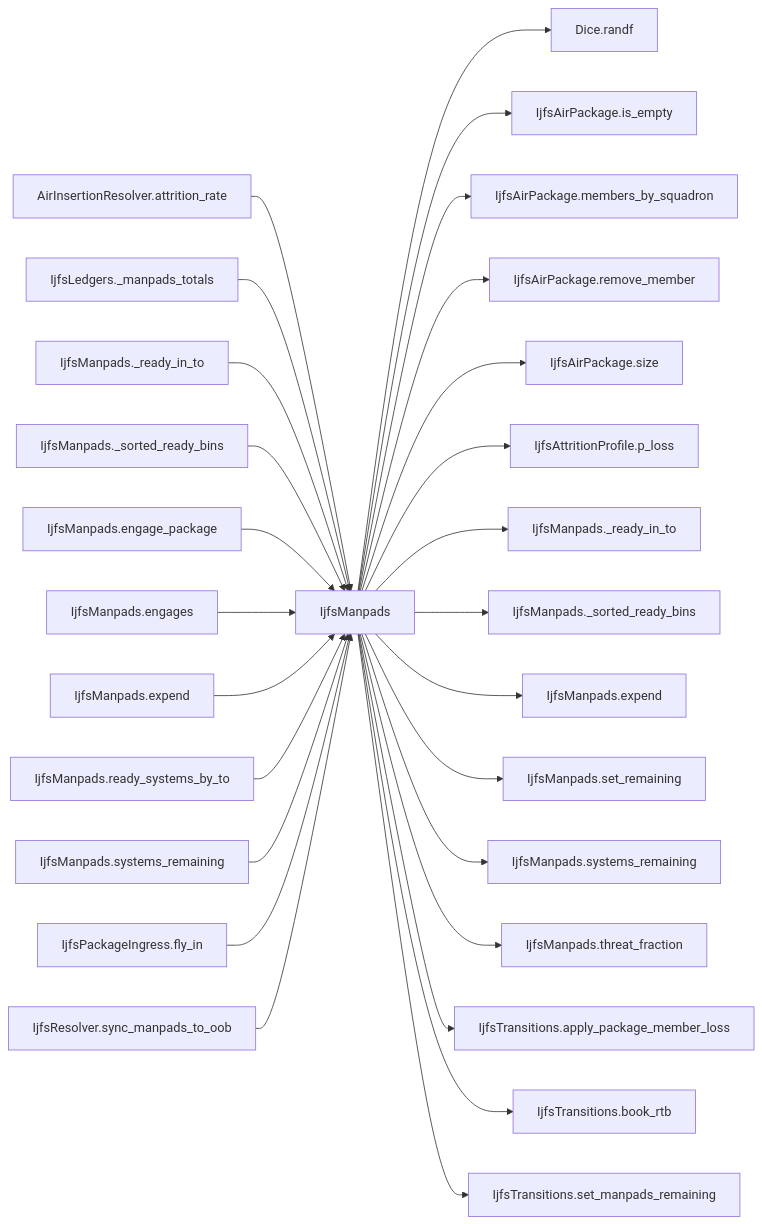
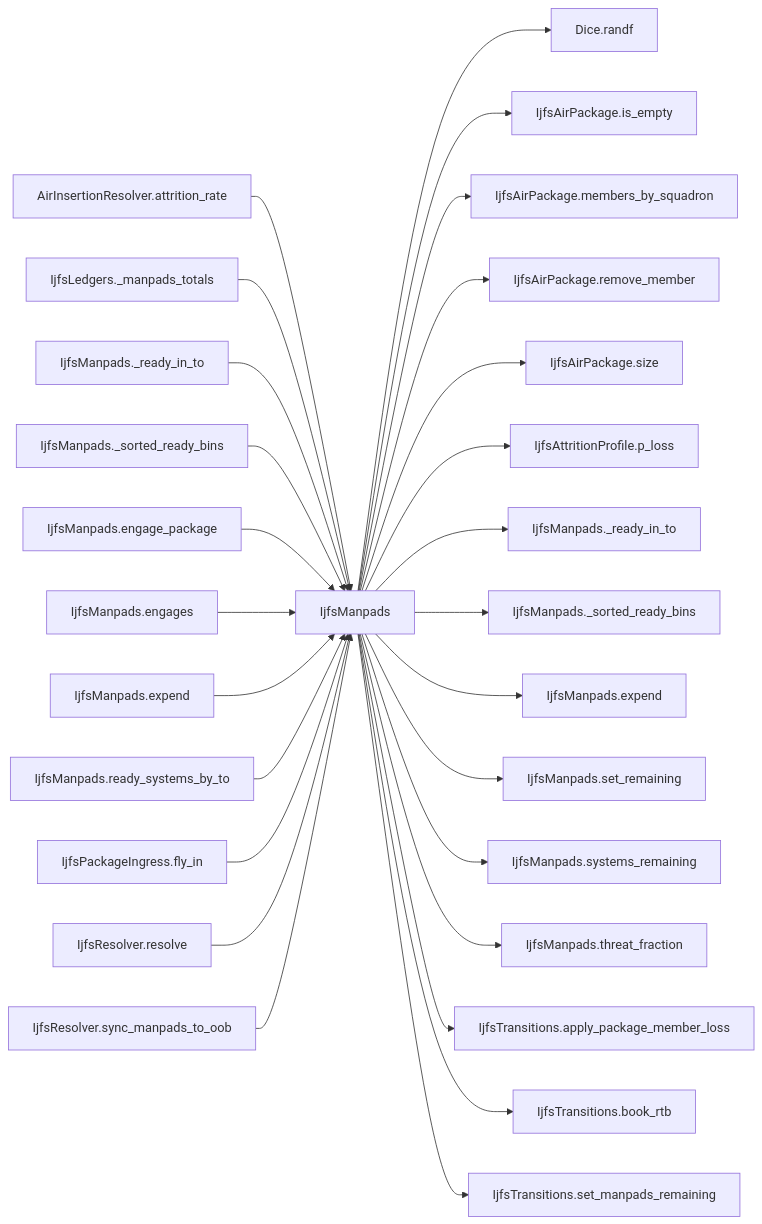
One commit to MCancian/HexCombat changed the diagram in docs/presentations/IjfsManpads.md. Above: the diagram before and after it, drawn with Mermaid. The commit also changed other lines of this file and 117 other files, not shown here.

````diff
--- a/docs/presentations/IjfsManpads.md
+++ b/docs/presentations/IjfsManpads.md
@@ -42,30 +42,30 @@
 ```mermaid
 flowchart LR
   n_3fd3e979604d["IjfsManpads"]
   n_36e3adf0fed0["AirInsertionResolver.attrition_rate"] --> n_3fd3e979604d
   n_ae8ac67a923f["IjfsLedgers._manpads_totals"] --> n_3fd3e979604d
   n_834cd627f231["IjfsManpads._ready_in_to"] --> n_3fd3e979604d
   n_42905ee585e6["IjfsManpads._sorted_ready_bins"] --> n_3fd3e979604d
   n_30cef504640b["IjfsManpads.engage_package"] --> n_3fd3e979604d
   n_aa2dc650f6f5["IjfsManpads.engages"] --> n_3fd3e979604d
   n_90cc8d26b1a6["IjfsManpads.expend"] --> n_3fd3e979604d
   n_a88cef61768f["IjfsManpads.ready_systems_by_to"] --> n_3fd3e979604d
-  n_1383531da965["IjfsManpads.systems_remaining"] --> n_3fd3e979604d
   n_3c549490f237["IjfsPackageIngress.fly_in"] --> n_3fd3e979604d
+  n_3ee2b3c13ed8["IjfsResolver.resolve"] --> n_3fd3e979604d
   n_c57665ad76e0["IjfsResolver.sync_manpads_to_oob"] --> n_3fd3e979604d
   n_3fd3e979604d --> n_d3c7d78dad81["Dice.randf"]
   n_3fd3e979604d --> n_b0453dc6fec5["IjfsAirPackage.is_empty"]
   n_3fd3e979604d --> n_477107171097["IjfsAirPackage.members_by_squadron"]
   n_3fd3e979604d --> n_6fbce1037268["IjfsAirPackage.remove_member"]
   n_3fd3e979604d --> n_5b679ab377a6["IjfsAirPackage.size"]
   n_3fd3e979604d --> n_84f01e7e6efe["IjfsAttritionProfile.p_loss"]
   n_3fd3e979604d --> n_f8673aec385b["IjfsManpads._ready_in_to"]
   n_3fd3e979604d --> n_80929eba1ce9["IjfsManpads._sorted_ready_bins"]
   n_3fd3e979604d --> n_cab0ae6c738b["IjfsManpads.expend"]
   n_3fd3e979604d --> n_fa052c09d868["IjfsManpads.set_remaining"]
   n_3fd3e979604d --> n_cfd003a22d11["IjfsManpads.systems_remaining"]
   n_3fd3e979604d --> n_ee5a09a72fce["IjfsManpads.threat_fraction"]
   n_3fd3e979604d --> n_4ef2f9c262d5["IjfsTransitions.apply_package_member_loss"]
   n_3fd3e979604d --> n_5844147ae949["IjfsTransitions.book_rtb"]
   n_3fd3e979604d --> n_07aa5c09ef24["IjfsTransitions.set_manpads_remaining"]
 ```
````
